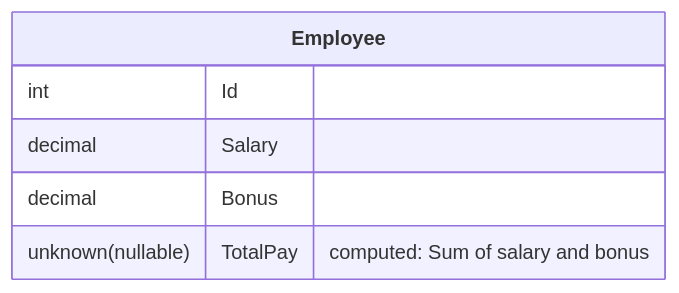
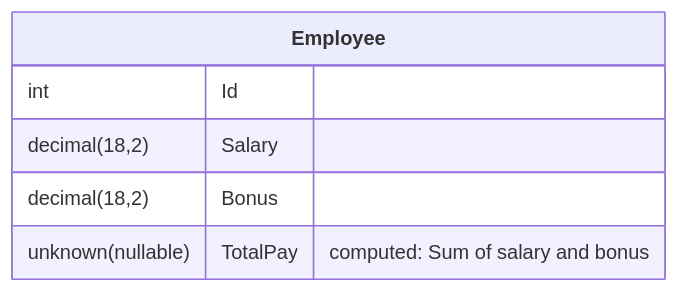
The diagram in src/SqlServerToMermaid.Tests/Tests.RenderMarkdownFromScriptWithComputedAndComment.verified.md (SimonCropp/DbToMermaid), drawn with Mermaid before and after one commit. The commit also changed 26 other files, not shown here.

````diff
--- a/src/SqlServerToMermaid.Tests/Tests.RenderMarkdownFromScriptWithComputedAndComment.verified.md
+++ b/src/SqlServerToMermaid.Tests/Tests.RenderMarkdownFromScriptWithComputedAndComment.verified.md
@@ -1,9 +1,9 @@
 ```mermaid
 erDiagram
   Employee["**Employee**"] {
     int Id
-    decimal Salary
-    decimal Bonus
+    decimal(18,2) Salary
+    decimal(18,2) Bonus
     unknown(nullable) TotalPay "computed: Sum of salary and bonus"
   }
 ```
````
